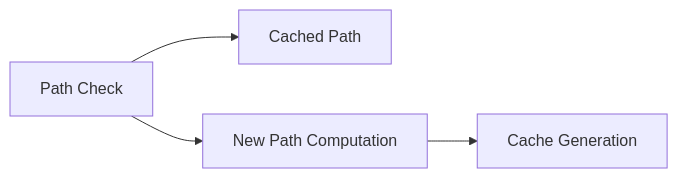
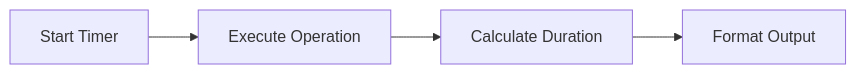
One commit to LuxciumProject/ahmyzsh changed the eighth of 11 diagrams in memory-bank/systemPatterns.md. Above: the diagram before and after it, drawn with Mermaid. The commit also changed other lines of this file and 5 other files, not shown here.

````diff
--- a/memory-bank/systemPatterns.md
+++ b/memory-bank/systemPatterns.md
@@ -46,6 +145,6 @@
-   ```mermaid
-   graph LR
-       A[Path Check] --> B[Cached Path]
-       A --> C[New Path Computation]
-       C --> D[Cache Generation]
-   ```
+```mermaid
+graph LR
+    A[Start Timer] --> B[Execute Operation]
+    B --> C[Calculate Duration]
+    C --> D[Format Output]
+```
````
